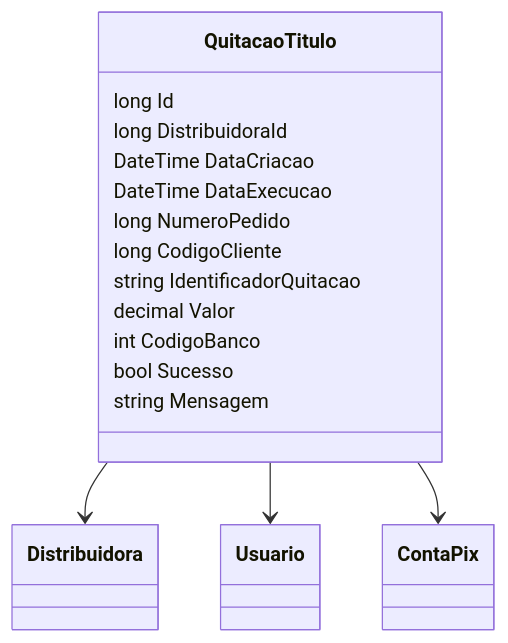
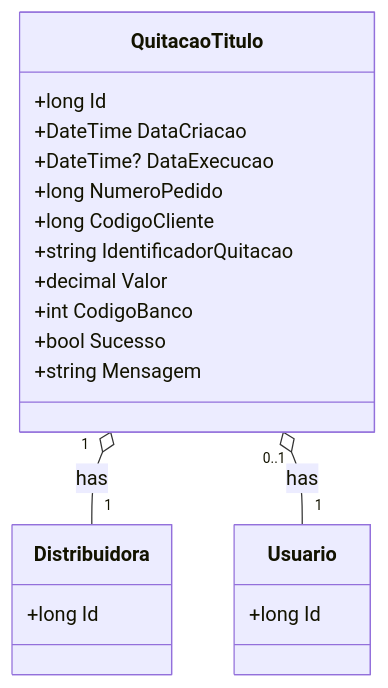
Before and after one commit to IsthmusSistemas/documentacao-tecnica: the diagram in docs/b2b-dominio/IsthmusWinthor.Nucleo/IsthmusWinthor.Dominio/Entidades/QuitacaoTitulo.md, drawn with Mermaid. The commit also changed other lines of this file and 882 other files, not shown here.

````diff
--- a/docs/b2b-dominio/IsthmusWinthor.Nucleo/IsthmusWinthor.Dominio/Entidades/QuitacaoTitulo.md
+++ b/docs/b2b-dominio/IsthmusWinthor.Nucleo/IsthmusWinthor.Dominio/Entidades/QuitacaoTitulo.md
@@ -37,20 +35,26 @@
 ```mermaid
 classDiagram
     class QuitacaoTitulo {
-        long Id
-        long DistribuidoraId
-        DateTime DataCriacao
-        DateTime DataExecucao
-        long NumeroPedido
-        long CodigoCliente
-        string IdentificadorQuitacao
-        decimal Valor
-        int CodigoBanco
-        bool Sucesso
-        string Mensagem
+        +long Id
+        +DateTime DataCriacao
+        +DateTime? DataExecucao
+        +long NumeroPedido
+        +long CodigoCliente
+        +string IdentificadorQuitacao
+        +decimal Valor
+        +int CodigoBanco
+        +bool Sucesso
+        +string Mensagem
     }
-    
-    QuitacaoTitulo --> Distribuidora
-    QuitacaoTitulo --> Usuario
-    QuitacaoTitulo --> ContaPix
+
+    class Distribuidora {
+        +long Id
+    }
+
+    class Usuario {
+        +long Id
+    }
+
+    QuitacaoTitulo "1" o-- "1" Distribuidora : has
+    QuitacaoTitulo "0..1" o-- "1" Usuario : has
 ```
````
